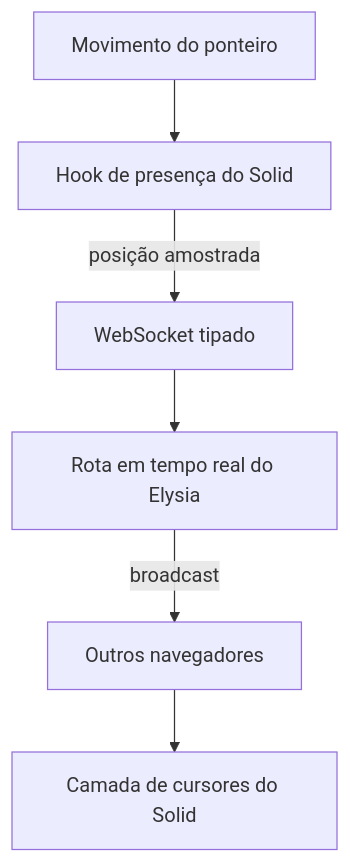
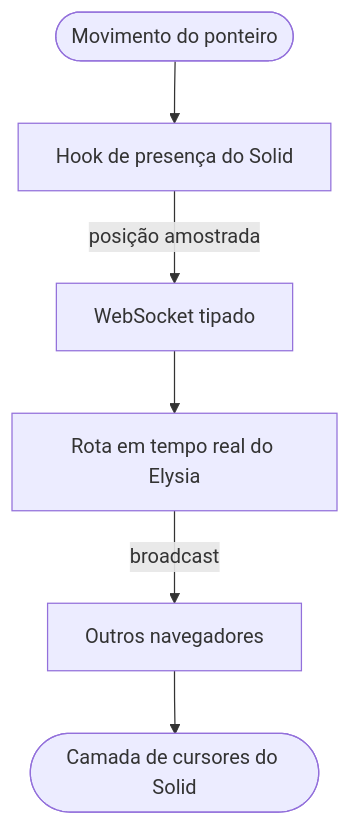
The first of 2 diagrams in web/content/blog/realtime-cursor-presence-with-tiny-pieces.pt-BR.mdx (ErickCReis/ErickCReis), drawn with Mermaid before and after one commit. The commit also changed other lines of this file and 23 other files, not shown here.

Commit message:
Polish Mermaid diagrams across blog posts

````diff
--- a/web/content/blog/realtime-cursor-presence-with-tiny-pieces.pt-BR.mdx
+++ b/web/content/blog/realtime-cursor-presence-with-tiny-pieces.pt-BR.mdx
@@ -14,8 +14,8 @@
 ```mermaid center
 flowchart TB
-  Pointer["Movimento do ponteiro"] --> Hook["Hook de presença do Solid"]
+  Pointer(["Movimento do ponteiro"]) --> Hook["Hook de presença do Solid"]
   Hook -->|"posição amostrada"| Socket["WebSocket tipado"]
   Socket --> Server["Rota em tempo real do Elysia"]
   Server -->|"broadcast"| Peers["Outros navegadores"]
-  Peers --> Layer["Camada de cursores do Solid"]
+  Peers --> Layer(["Camada de cursores do Solid"])
 ```
````
